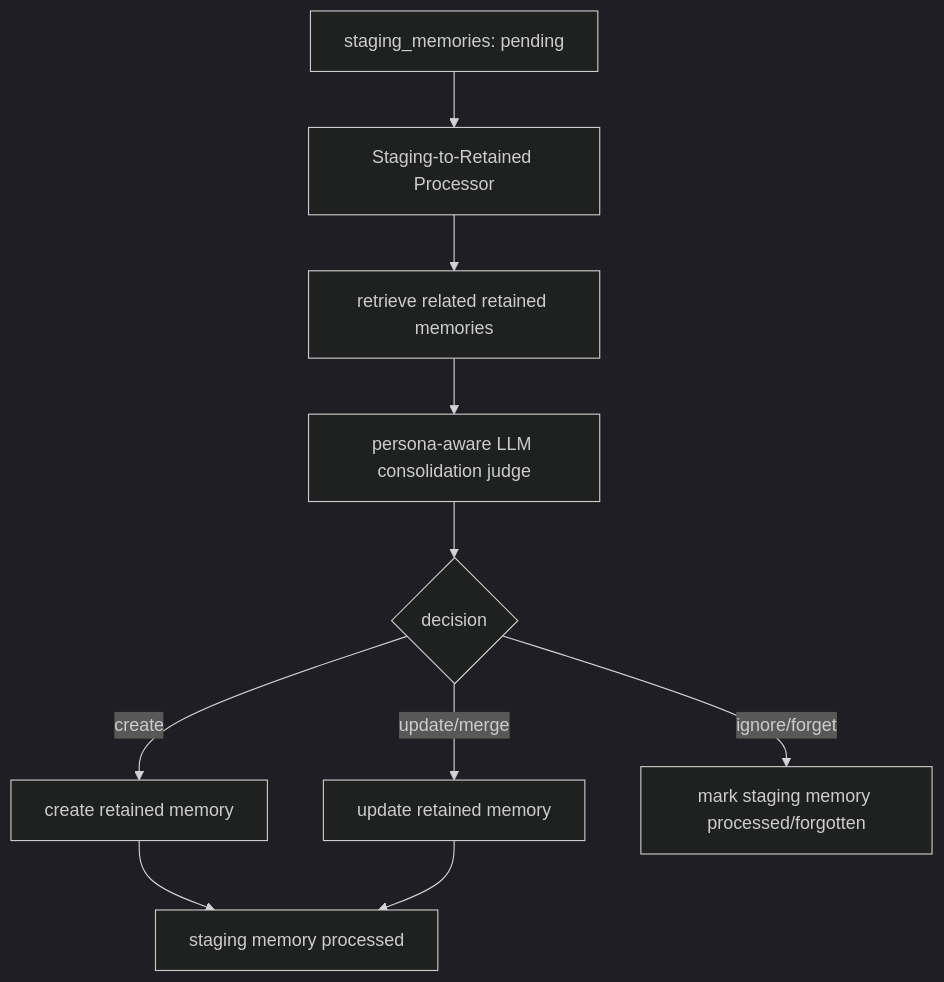
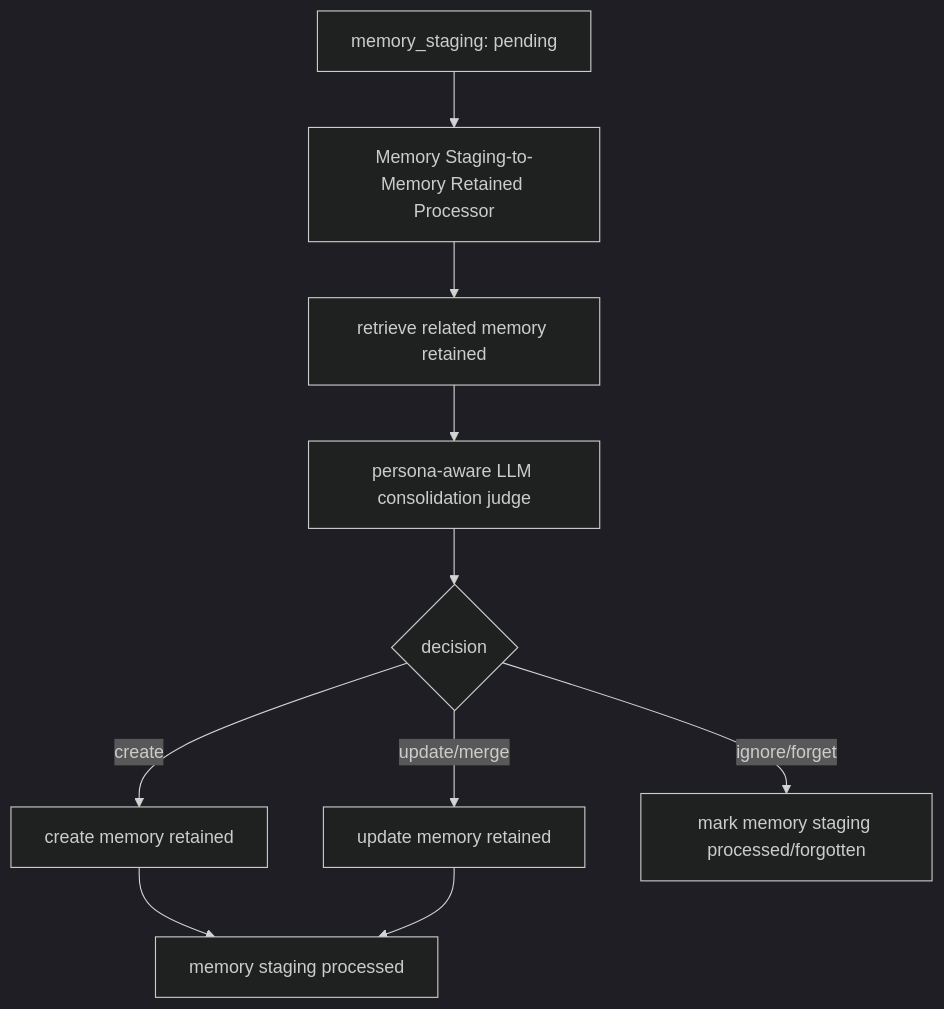
The third of 3 diagrams in docs/plans/memory-layered-refactor.zh-CN.md (cong-jing/ss.ai), drawn with Mermaid (dark theme) before and after one commit. The commit also changed other lines of this file and 3 other files, not shown here.

````diff
--- a/docs/plans/memory-layered-refactor.zh-CN.md
+++ b/docs/plans/memory-layered-refactor.zh-CN.md
@@ -253,12 +255,12 @@
 ```mermaid
 flowchart TD
-    A[staging_memories: pending] --> B[Staging-to-Retained Processor]
-    B --> C[retrieve related retained memories]
+    A[memory_staging: pending] --> B[Memory Staging-to-Memory Retained Processor]
+    B --> C[retrieve related memory retained]
     C --> D[persona-aware LLM consolidation judge]
     D --> E{decision}
-    E -- create --> F[create retained memory]
-    E -- update/merge --> G[update retained memory]
-    E -- ignore/forget --> H[mark staging memory processed/forgotten]
-    F --> I[staging memory processed]
+    E -- create --> F[create memory retained]
+    E -- update/merge --> G[update memory retained]
+    E -- ignore/forget --> H[mark memory staging processed/forgotten]
+    F --> I[memory staging processed]
     G --> I
 ```
````
